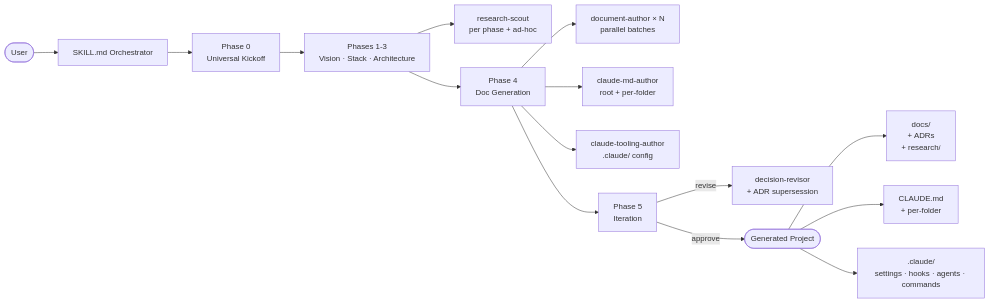
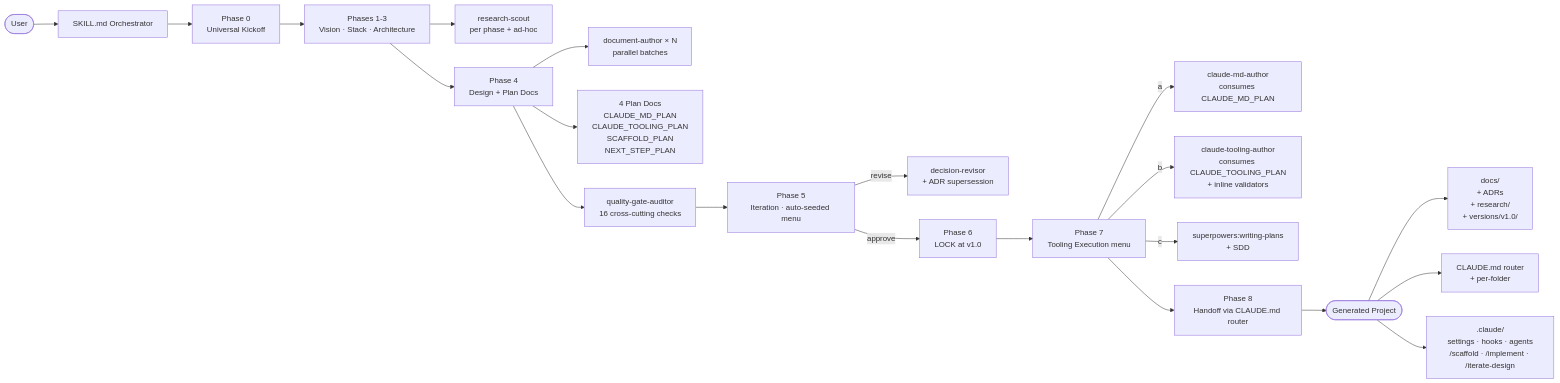
The diagram in README.md (alexander-ford-ventures/project-architect), drawn with Mermaid before and after one commit. The commit also changed other lines of this file, not shown here.

````diff
--- a/README.md
+++ b/README.md
@@ -194,17 +195,23 @@
 ```mermaid
 flowchart LR
     User([User]) --> SKILL[SKILL.md Orchestrator]
     SKILL --> Phase0[Phase 0<br/>Universal Kickoff]
     Phase0 --> Phase123[Phases 1-3<br/>Vision · Stack · Architecture]
     Phase123 --> Research[research-scout<br/>per phase + ad-hoc]
-    Phase123 --> Phase4[Phase 4<br/>Doc Generation]
+    Phase123 --> Phase4[Phase 4<br/>Design + Plan Docs]
     Phase4 --> DocAgents[document-author × N<br/>parallel batches]
-    Phase4 --> MdAgent[claude-md-author<br/>root + per-folder]
-    Phase4 --> ToolAgent[claude-tooling-author<br/>.claude/ config]
-    Phase4 --> Phase5[Phase 5<br/>Iteration]
+    Phase4 --> Plans[4 Plan Docs<br/>CLAUDE_MD_PLAN<br/>CLAUDE_TOOLING_PLAN<br/>SCAFFOLD_PLAN<br/>NEXT_STEP_PLAN]
+    Phase4 --> Auditor[quality-gate-auditor<br/>16 cross-cutting checks]
+    Auditor --> Phase5[Phase 5<br/>Iteration · auto-seeded menu]
     Phase5 -->|revise| Revisor[decision-revisor<br/>+ ADR supersession]
-    Phase5 -->|approve| Output([Generated Project])
-    Output --> Docs[docs/<br/>+ ADRs<br/>+ research/]
-    Output --> Claude[CLAUDE.md<br/>+ per-folder]
-    Output --> ClaudeConfig[.claude/<br/>settings · hooks · agents · commands]
+    Phase5 -->|approve| Phase6[Phase 6<br/>LOCK at v1.0]
+    Phase6 --> Phase7[Phase 7<br/>Tooling Execution menu]
+    Phase7 -->|a| MdAgent[claude-md-author<br/>consumes CLAUDE_MD_PLAN]
+    Phase7 -->|b| ToolAgent[claude-tooling-author<br/>consumes CLAUDE_TOOLING_PLAN<br/>+ inline validators]
+    Phase7 -->|c| Superpowers[superpowers:writing-plans<br/>+ SDD]
+    Phase7 --> Phase8[Phase 8<br/>Handoff via CLAUDE.md router]
+    Phase8 --> Output([Generated Project])
+    Output --> Docs[docs/<br/>+ ADRs<br/>+ research/<br/>+ versions/v1.0/]
+    Output --> Claude[CLAUDE.md router<br/>+ per-folder]
+    Output --> ClaudeConfig[.claude/<br/>settings · hooks · agents<br/>/scaffold · /implement · /iterate-design]
 ```
````
